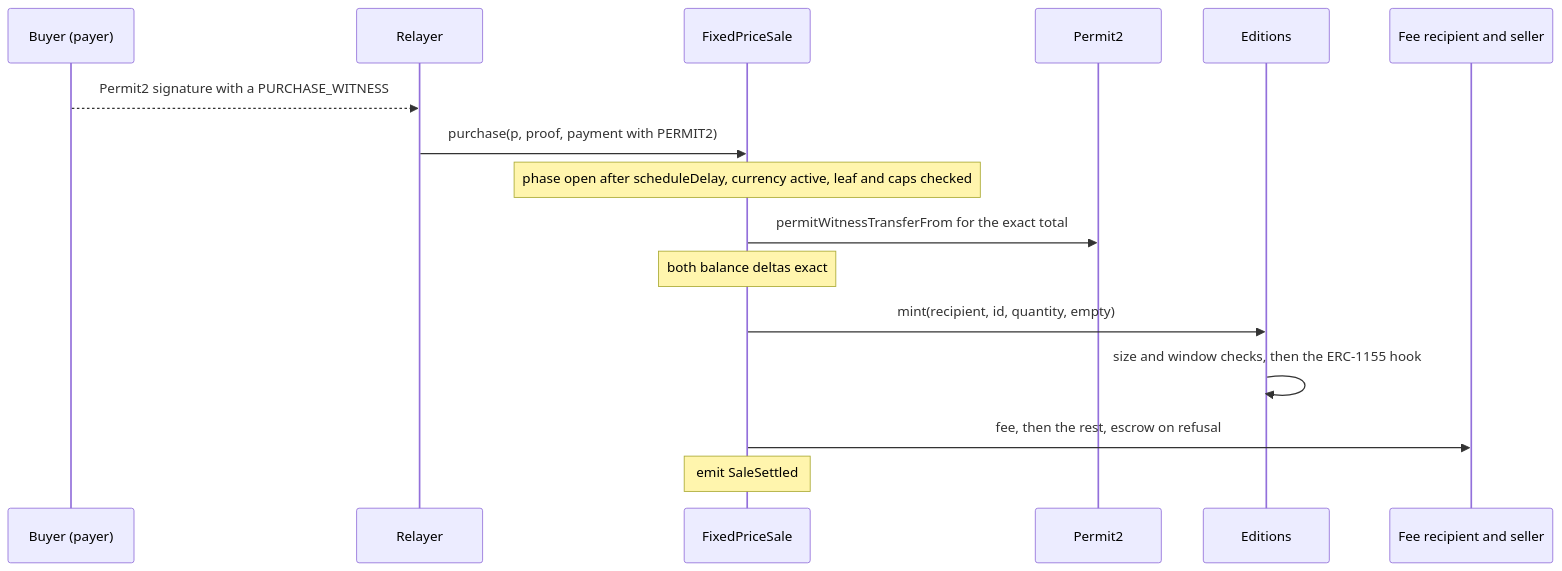
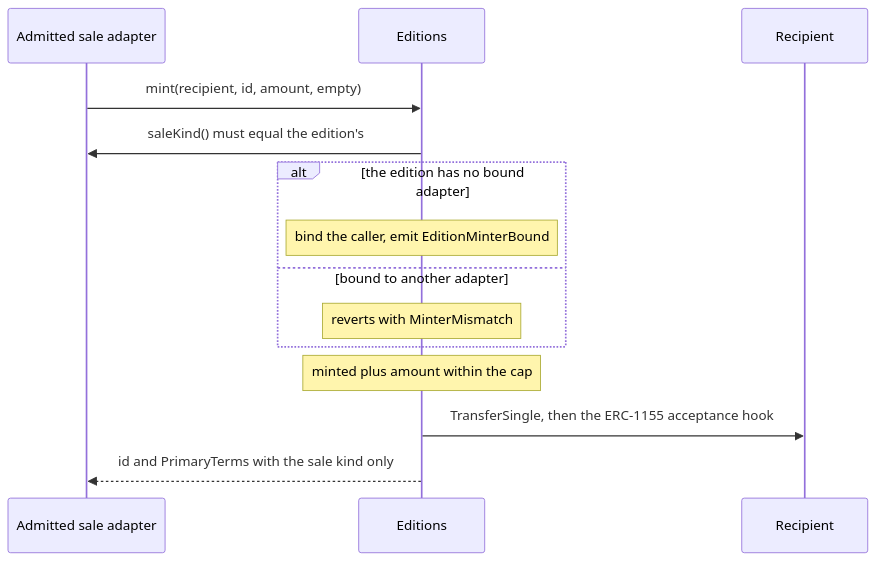
The third of 3 diagrams in docs/spec/editions-and-sales.md (6529-Collections/6529-works), drawn with Mermaid before and after one commit. The commit also changed other lines of this file and 139 other files, not shown here.

First line of the commit message:
rc.2 L3 (1/3): EditionTerms swap and generic edition minting, delete fixed-price and Dutch, rename to 6529 Stream Editions (#76)

````diff
--- a/docs/spec/editions-and-sales.md
+++ b/docs/spec/editions-and-sales.md
@@ -425,18 +220,16 @@
 ```mermaid
 sequenceDiagram
-    participant Buyer as Buyer (payer)
-    participant Relayer as Relayer
-    participant Fixed as FixedPriceSale
-    participant P2 as Permit2
+    participant Adapter as Admitted sale adapter
     participant Ed as Editions
-    participant Pay as Fee recipient and seller
-    Buyer-->>Relayer: Permit2 signature with a PURCHASE_WITNESS
-    Relayer->>Fixed: purchase(p, proof, payment with PERMIT2)
-    Note over Fixed: phase open after scheduleDelay, currency active, leaf and caps checked
-    Fixed->>P2: permitWitnessTransferFrom for the exact total
-    Note over Fixed: both balance deltas exact
-    Fixed->>Ed: mint(recipient, id, quantity, empty)
-    Ed->>Ed: size and window checks, then the ERC-1155 hook
-    Fixed->>Pay: fee, then the rest, escrow on refusal
-    Note over Fixed: emit SaleSettled
+    participant Buyer as Recipient
+    Adapter->>Ed: mint(recipient, id, amount, empty)
+    Ed->>Adapter: saleKind() must equal the edition's
+    alt the edition has no bound adapter
+        Note over Ed: bind the caller, emit EditionMinterBound
+    else bound to another adapter
+        Note over Ed: reverts with MinterMismatch
+    end
+    Note over Ed: minted plus amount within the cap
+    Ed->>Buyer: TransferSingle, then the ERC-1155 acceptance hook
+    Ed-->>Adapter: id and PrimaryTerms with the sale kind only
 ```
````
